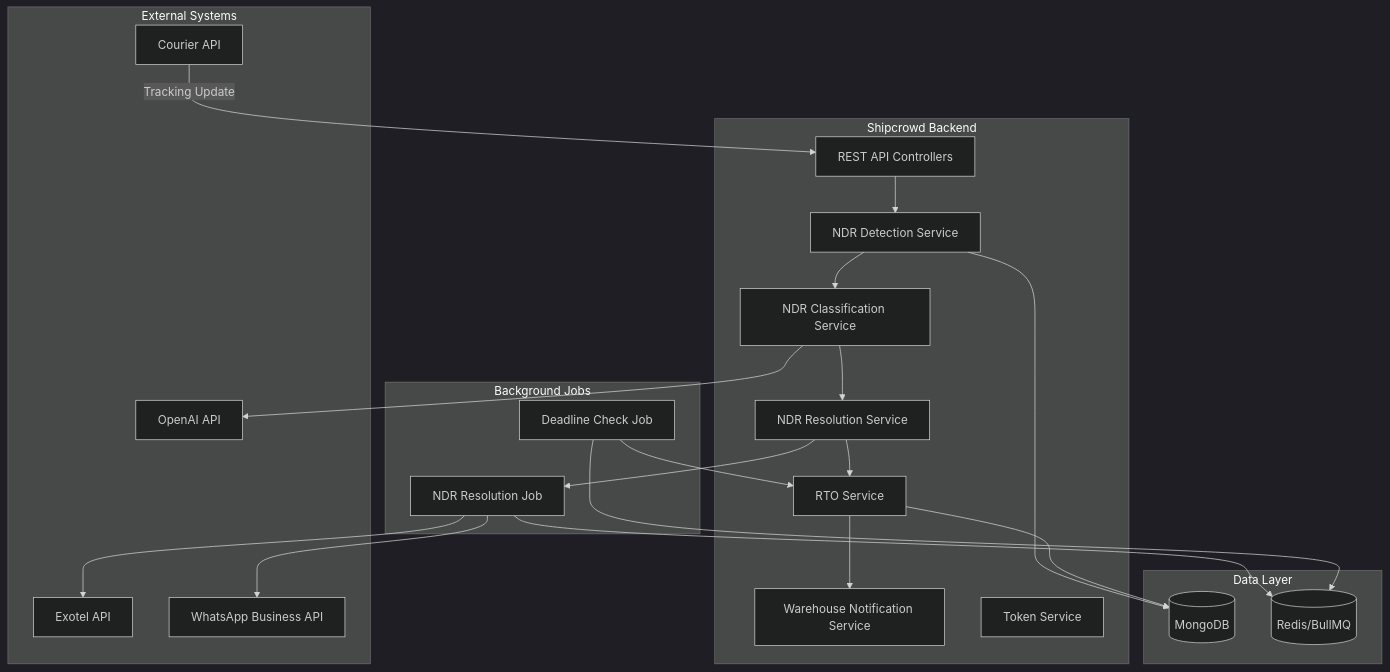
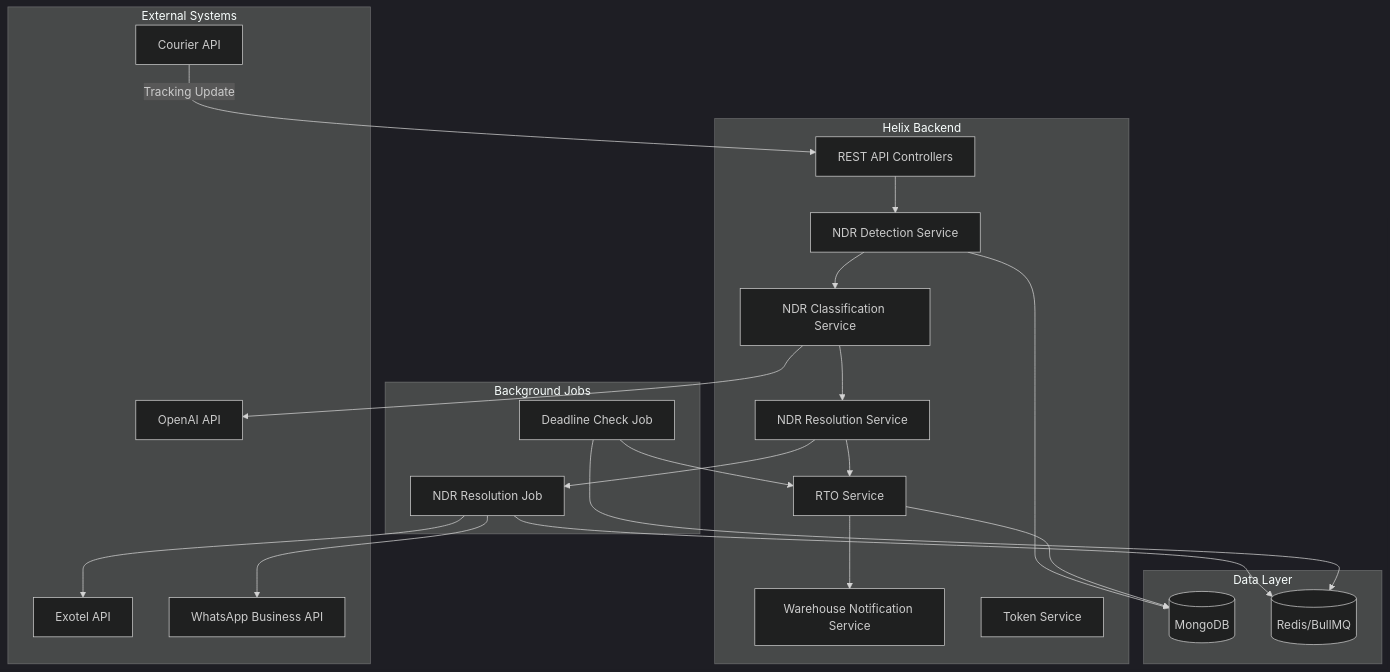
One commit to dhirajgiri3/Shipcrowd changed the first of 10 diagrams in docs/Development/Domains/Shipping/NDR_RTO/NDR_RTO_Complete.md. Above: the diagram before and after it, drawn with Mermaid (dark theme). The commit also changed other lines of this file and 279 other files, not shown here.

````diff
--- a/docs/Development/Domains/Shipping/NDR_RTO/NDR_RTO_Complete.md
+++ b/docs/Development/Domains/Shipping/NDR_RTO/NDR_RTO_Complete.md
@@ -1122,45 +1122,45 @@
 ```mermaid
 graph TB
     subgraph "External Systems"
         Carrier[Courier API]
         OpenAI[OpenAI API]
         Exotel[Exotel API]
         WhatsApp[WhatsApp Business API]
     end
 
-    subgraph "Shipcrowd Backend"
+    subgraph "Helix Backend"
         API[REST API Controllers]
         NDRDetection[NDR Detection Service]
         NDRClassification[NDR Classification Service]
         NDRResolution[NDR Resolution Service]
         RTOService[RTO Service]
         WhService[Warehouse Notification Service]
         TokenService[Token Service]
     end
 
     subgraph "Data Layer"
         MongoDB[(MongoDB)]
         Redis[(Redis/BullMQ)]
     end
 
     subgraph "Background Jobs"
         ResolutionJob[NDR Resolution Job]
         DeadlineJob[Deadline Check Job]
     end
 
     Carrier -->|Tracking Update| API
     API --> NDRDetection
     NDRDetection --> MongoDB
     NDRDetection --> NDRClassification
     NDRClassification --> OpenAI
     NDRClassification --> NDRResolution
     NDRResolution --> ResolutionJob
     ResolutionJob --> Redis
     ResolutionJob --> WhatsApp
     ResolutionJob --> Exotel
     NDRResolution --> RTOService
     RTOService --> WhService
     RTOService --> MongoDB
     DeadlineJob --> Redis
     DeadlineJob --> RTOService
 ```
````
